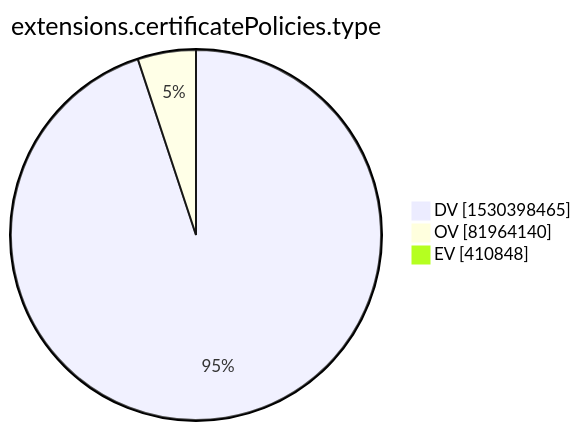
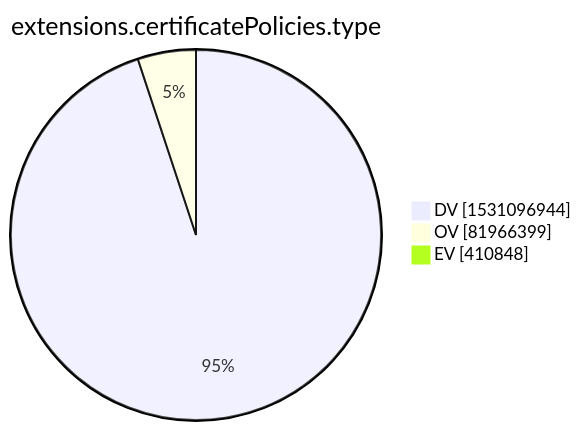
One commit to christiankrug/ctmonitor_visualization changed the tenth of 15 diagrams in xenon2022/README.md. Above: the diagram before and after it, drawn with Mermaid. The commit also changed other lines of this file, not shown here.

````diff
--- a/xenon2022/README.md
+++ b/xenon2022/README.md
@@ -2875,7 +2875,7 @@
 ```mermaid
 pie showData
 title extensions.certificatePolicies.type
-"DV" :1530398465
-"OV" :81964140
+"DV" :1531096944
+"OV" :81966399
 "EV" :410848
 ```
````
